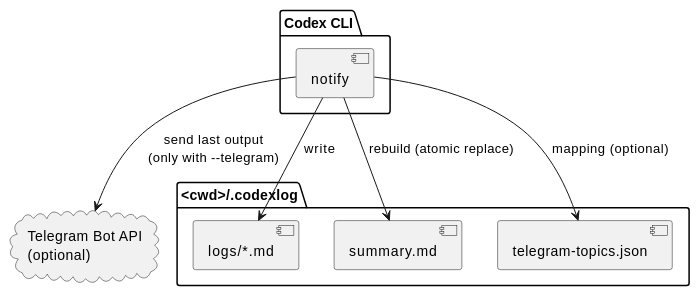
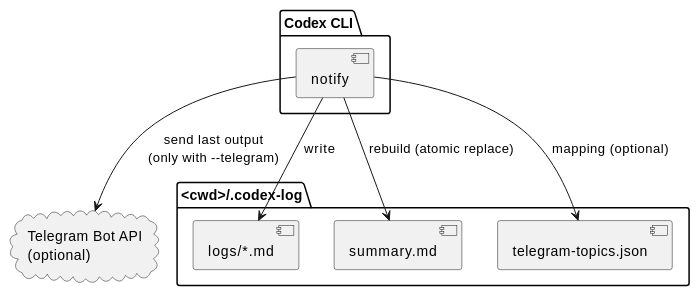
Before and after one commit to chemitaro/codex-agent-logger: the second of 2 diagrams in spec-dock/initiatives/init-local-00001-codex-notify-json-logger/design.md, drawn with PlantUML. The commit also changed other lines of this file and 1 other file, not shown here.

Commit message:
docs(init-local-00001): JSONロガー仕様を .codex-log と CLI 名へ更新 - `.codexlog` 系の出力ディレクトリ参照を `.codex-log` に統一 - `codexlog` CLI 名を `codex-logger` に変更 - uvx 実行例にタグ・コミット・ローカルパス指定を追記

````diff
--- a/spec-dock/initiatives/init-local-00001-codex-notify-json-logger/design.md
+++ b/spec-dock/initiatives/init-local-00001-codex-notify-json-logger/design.md
@@ -76,22 +76,22 @@
 ```plantuml
 @startuml
 skinparam monochrome true
 
 package "Codex CLI" {
   [notify] as Notify
 }
 
-package "<cwd>/.codexlog" {
+package "<cwd>/.codex-log" {
   [logs/*.md] as LogFiles
   [summary.md] as Summary
   [telegram-topics.json] as TopicMap
 }
 
 cloud "Telegram Bot API\n(optional)" as TG
 
 Notify --> LogFiles : write
 Notify --> Summary : rebuild (atomic replace)
 Notify --> TG : send last output\n(only with --telegram)
 Notify --> TopicMap : mapping (optional)
 @enduml
 ```
````
